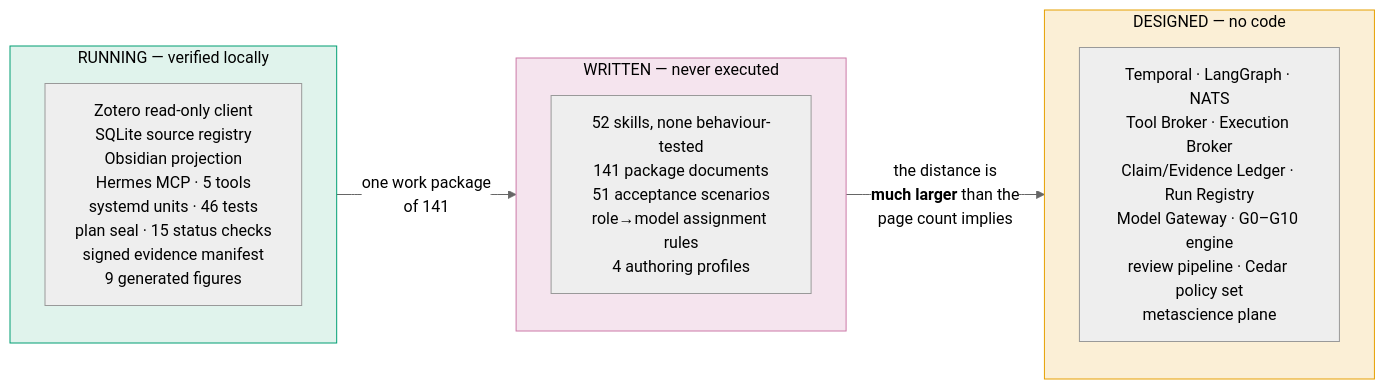
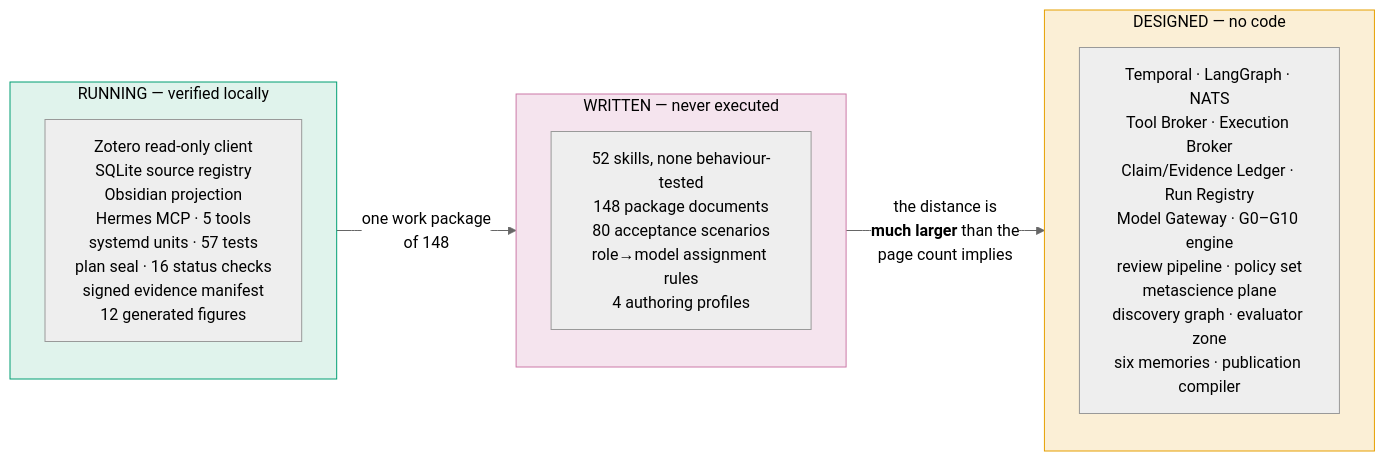
Diagram 22 of 23 in docs/architecture/AETHRION_ARCHITECTURE.md (furkanhanilci/AETHRION), drawn with Mermaid (neutral theme) before and after one commit. The commit also changed other lines of this file and 824 other files, not shown here.

````diff
--- a/docs/architecture/AETHRION_ARCHITECTURE.md
+++ b/docs/architecture/AETHRION_ARCHITECTURE.md
@@ -795,17 +892,17 @@
 ```mermaid
 flowchart LR
     subgraph WORKING["RUNNING — verified locally"]
-        W["Zotero read-only client<br/>SQLite source registry<br/>Obsidian projection<br/>Hermes MCP · 5 tools<br/>systemd units · 46 tests<br/>plan seal · 15 status checks<br/>signed evidence manifest<br/>9 generated figures"]
+        W["Zotero read-only client<br/>SQLite source registry<br/>Obsidian projection<br/>Hermes MCP · 5 tools<br/>systemd units · 57 tests<br/>plan seal · 16 status checks<br/>signed evidence manifest<br/>12 generated figures"]
     end
     subgraph WRITTEN["WRITTEN — never executed"]
-        S["52 skills, none behaviour-tested<br/>141 package documents<br/>51 acceptance scenarios<br/>role→model assignment rules<br/>4 authoring profiles"]
+        S["52 skills, none behaviour-tested<br/>148 package documents<br/>80 acceptance scenarios<br/>role→model assignment rules<br/>4 authoring profiles"]
     end
     subgraph DESIGNED["DESIGNED — no code"]
-        D["Temporal · LangGraph · NATS<br/>Tool Broker · Execution Broker<br/>Claim/Evidence Ledger · Run Registry<br/>Model Gateway · G0–G10 engine<br/>review pipeline · Cedar policy set<br/>metascience plane"]
+        D["Temporal · LangGraph · NATS<br/>Tool Broker · Execution Broker<br/>Claim/Evidence Ledger · Run Registry<br/>Model Gateway · G0–G10 engine<br/>review pipeline · policy set<br/>metascience plane<br/>discovery graph · evaluator zone<br/>six memories · publication compiler"]
     end
-    WORKING -->|"one work package<br/>of 141"| WRITTEN
+    WORKING -->|"one work package<br/>of 148"| WRITTEN
     WRITTEN -->|"the distance is<br/><b>much larger</b> than the<br/>page count implies"| DESIGNED
     style WORKING fill:#E0F3EC,stroke:#009E73,color:#000
     style WRITTEN fill:#F5E4EE,stroke:#CC79A7,color:#000
     style DESIGNED fill:#FBEFD6,stroke:#E69F00,color:#000
 ```
````
